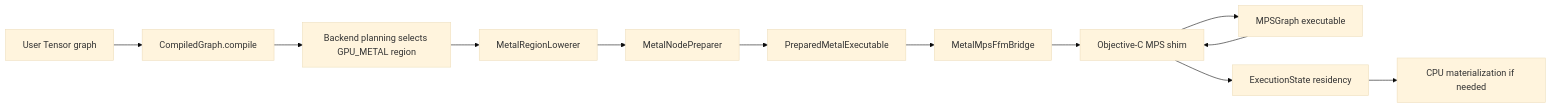
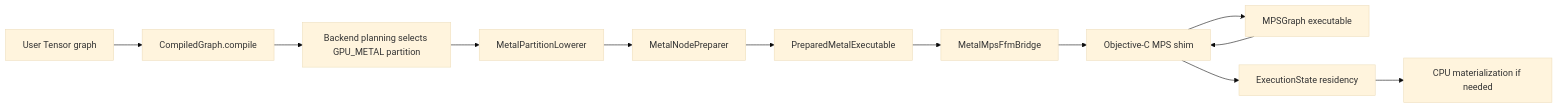
The first of 2 diagrams in docs/metal-backend.md (pho001/Synaptik), drawn with Mermaid (base theme) before and after one commit. The commit also changed other lines of this file and 517 other files, not shown here.

Commit message:
refactor: unify partition execution planning

````diff
--- a/docs/metal-backend.md
+++ b/docs/metal-backend.md
@@ -76,26 +76,26 @@
 ```mermaid
 flowchart LR
     Tensor["User Tensor graph"]
     Compile["CompiledGraph.compile"]
-    Part["Backend planning selects GPU_METAL region"]
-    Lower["MetalRegionLowerer"]
+    Part["Backend planning selects GPU_METAL partition"]
+    Lower["MetalPartitionLowerer"]
     Prepare["MetalNodePreparer"]
     Exec["PreparedMetalExecutable"]
     Bridge["MetalMpsFfmBridge"]
     Native["Objective-C MPS shim"]
     MPS["MPSGraph executable"]
     State["ExecutionState residency"]
     CPU["CPU materialization if needed"]
 
     Tensor --> Compile
     Compile --> Part
     Part --> Lower
     Lower --> Prepare
     Prepare --> Exec
     Exec --> Bridge
     Bridge --> Native
     Native --> MPS
     MPS --> Native
     Native --> State
     State --> CPU
 ```
````
